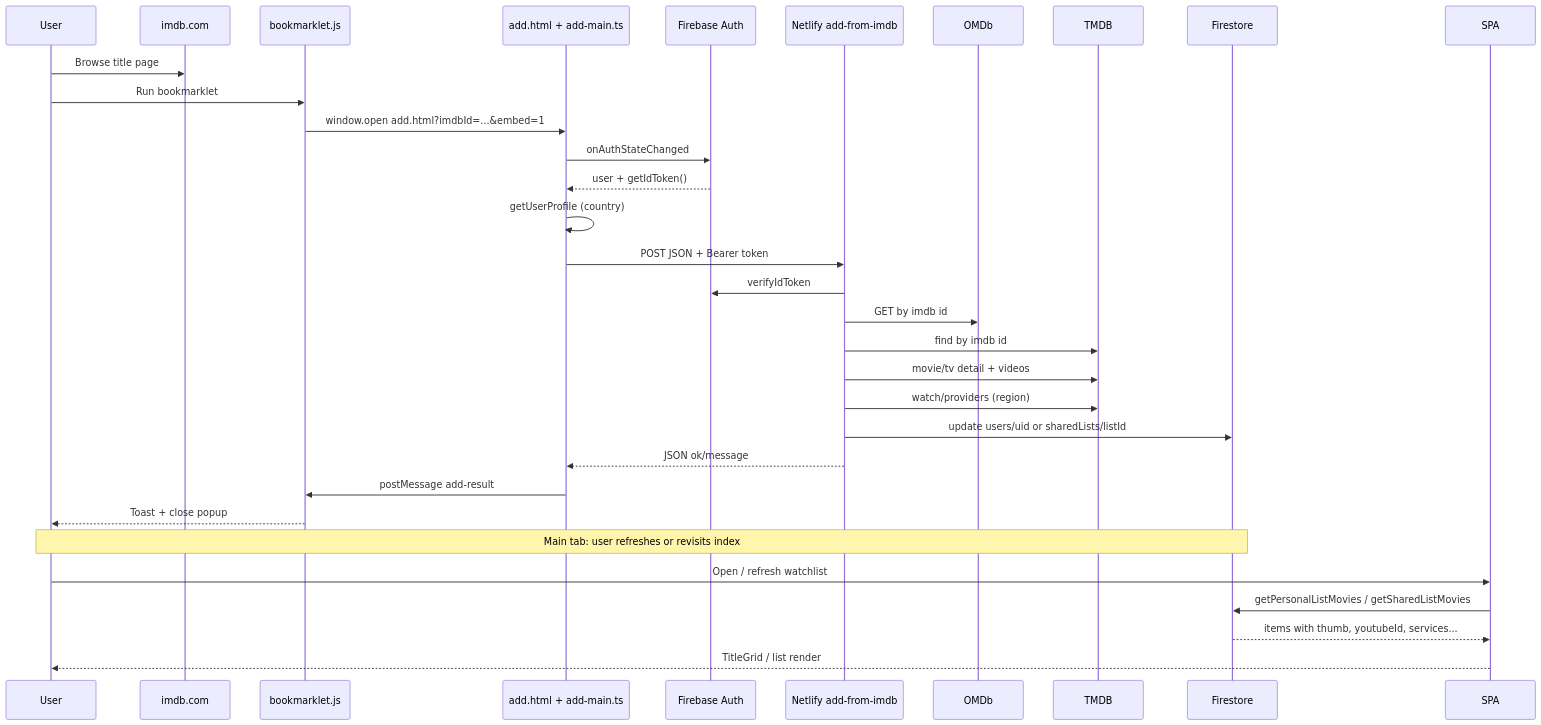
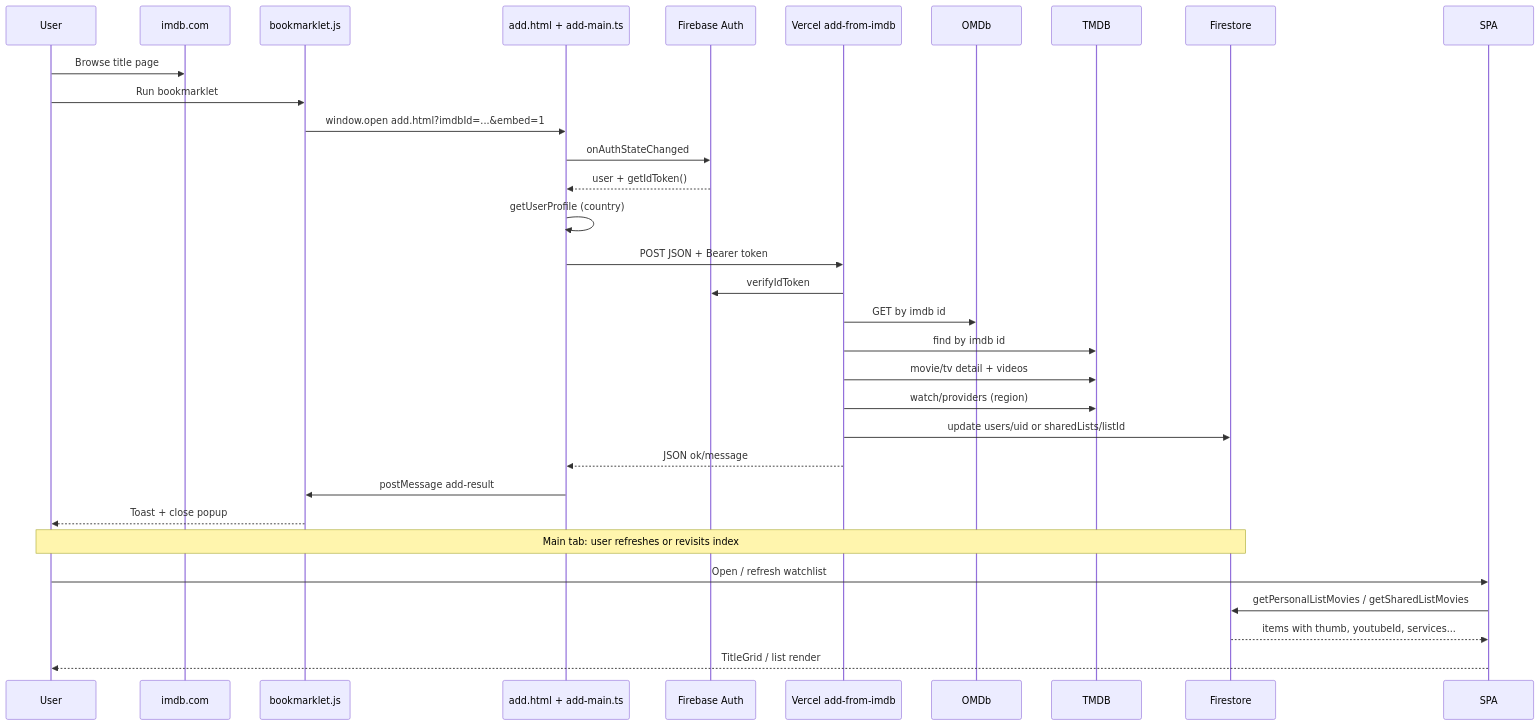
Before and after one commit to maulbogat/watchlist-app: the second of 5 diagrams in system-design.md, drawn with Mermaid. The commit also changed other lines of this file and 37 other files, not shown here.

````diff
--- a/system-design.md
+++ b/system-design.md
@@ -363,35 +364,35 @@
 ```mermaid
 sequenceDiagram
   participant User
   participant IMDb as imdb.com
   participant BM as bookmarklet.js
   participant Popup as add.html + add-main.ts
   participant Auth as Firebase Auth
-  participant NF as Netlify add-from-imdb
+  participant NF as Vercel add-from-imdb
   participant OMDb
   participant TMDB
   participant FS as Firestore
 
   User->>IMDb: Browse title page
   User->>BM: Run bookmarklet
   BM->>Popup: window.open add.html?imdbId=...&embed=1
   Popup->>Auth: onAuthStateChanged
   Auth-->>Popup: user + getIdToken()
   Popup->>Popup: getUserProfile (country)
   Popup->>NF: POST JSON + Bearer token
   NF->>Auth: verifyIdToken
   NF->>OMDb: GET by imdb id
   NF->>TMDB: find by imdb id
   NF->>TMDB: movie/tv detail + videos
   NF->>TMDB: watch/providers (region)
   NF->>FS: update users/uid or sharedLists/listId
   NF-->>Popup: JSON ok/message
   Popup->>BM: postMessage add-result
   BM-->>User: Toast + close popup
 
   Note over User,FS: Main tab: user refreshes or revisits index
   User->>SPA: Open / refresh watchlist
   SPA->>FS: getPersonalListMovies / getSharedListMovies
   FS-->>SPA: items with thumb, youtubeId, services...
   SPA-->>User: TitleGrid / list render
 ```
````
